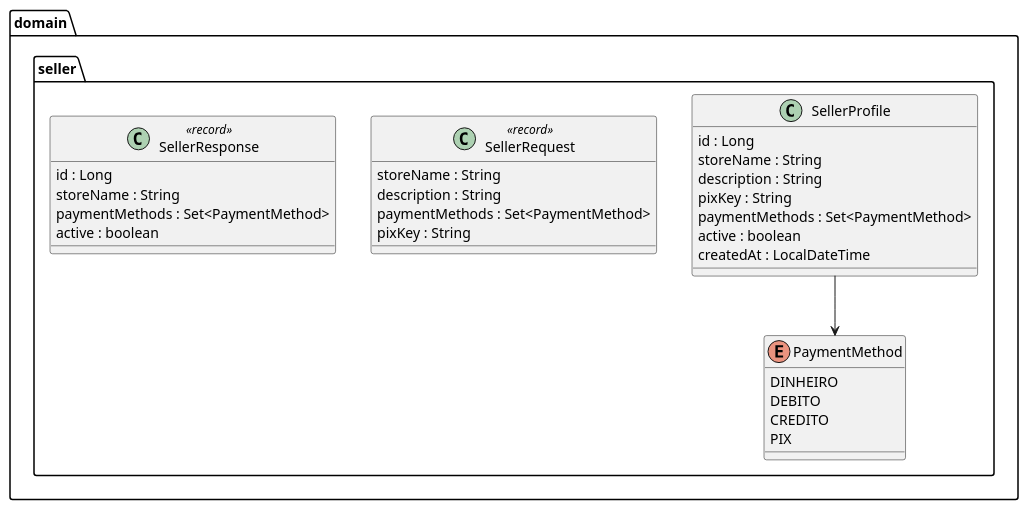
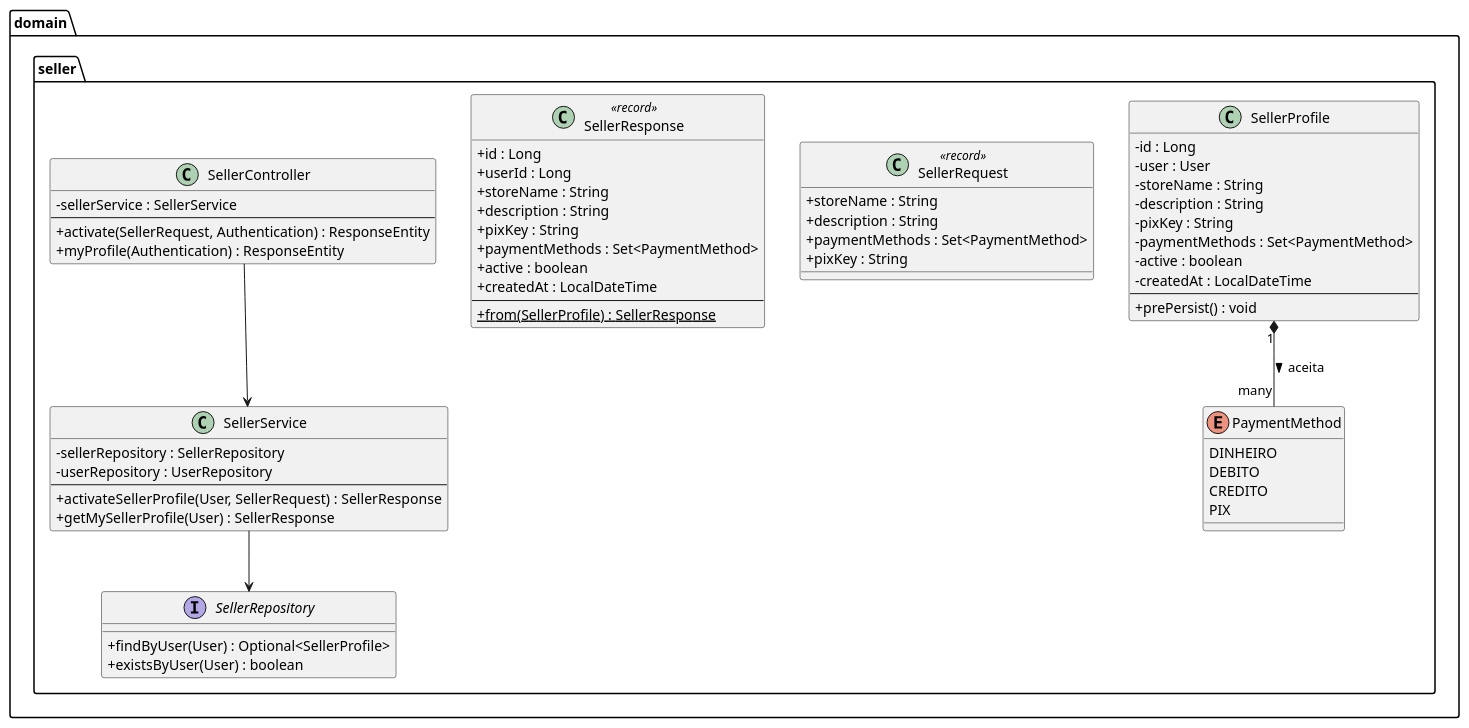
One commit to MiguelMochizukiDev/ecommerce changed the diagram in docs/seller-domain.puml. Above: the diagram before and after it, drawn with PlantUML. The commit also changed 9 other files, not shown here.

```diff
--- a/docs/seller-domain.puml
+++ b/docs/seller-domain.puml
@@ -1,41 +1,71 @@
 @startuml seller-domain.puml
-
 skinparam classAttributeIconSize 0
 
 package "domain.seller" {
 
     enum PaymentMethod {
         DINHEIRO
         DEBITO
         CREDITO
         PIX
     }
 
     class SellerProfile {
-        id : Long
-        storeName : String
-        description : String
-        pixKey : String
-        paymentMethods : Set<PaymentMethod>
-        active : boolean
-        createdAt : LocalDateTime
+        - id : Long
+        - user : User
+        - storeName : String
+        - description : String
+        - pixKey : String
+        - paymentMethods : Set<PaymentMethod>
+        - active : boolean
+        - createdAt : LocalDateTime
+        --
+        + prePersist() : void
     }
 
     class SellerRequest <<record>> {
-        storeName : String
-        description : String
-        paymentMethods : Set<PaymentMethod>
-        pixKey : String
+        + storeName : String
+        + description : String
+        + paymentMethods : Set<PaymentMethod>
+        + pixKey : String
     }
 
     class SellerResponse <<record>> {
-        id : Long
-        storeName : String
-        paymentMethods : Set<PaymentMethod>
-        active : boolean
+        + id : Long
+        + userId : Long
+        + storeName : String
+        + description : String
+        + pixKey : String
+        + paymentMethods : Set<PaymentMethod>
+        + active : boolean
+        + createdAt : LocalDateTime
+        --
+        + {static} from(SellerProfile) : SellerResponse
+    }
+
+    class SellerService {
+        - sellerRepository : SellerRepository
+        - userRepository : UserRepository
+        --
+        + activateSellerProfile(User, SellerRequest) : SellerResponse
+        + getMySellerProfile(User) : SellerResponse
+    }
+
+    interface SellerRepository {
+        + findByUser(User) : Optional<SellerProfile>
+        + existsByUser(User) : boolean
+    }
+
+    class SellerController {
+        - sellerService : SellerService
+        --
+        + activate(SellerRequest, Authentication) : ResponseEntity
+        + myProfile(Authentication) : ResponseEntity
     }
 }
 
-SellerProfile --> PaymentMethod
+SellerProfile "1" *-- "many" PaymentMethod : aceita >
+SellerController --> SellerService
+SellerService --> SellerRepository
 
 @enduml
```
